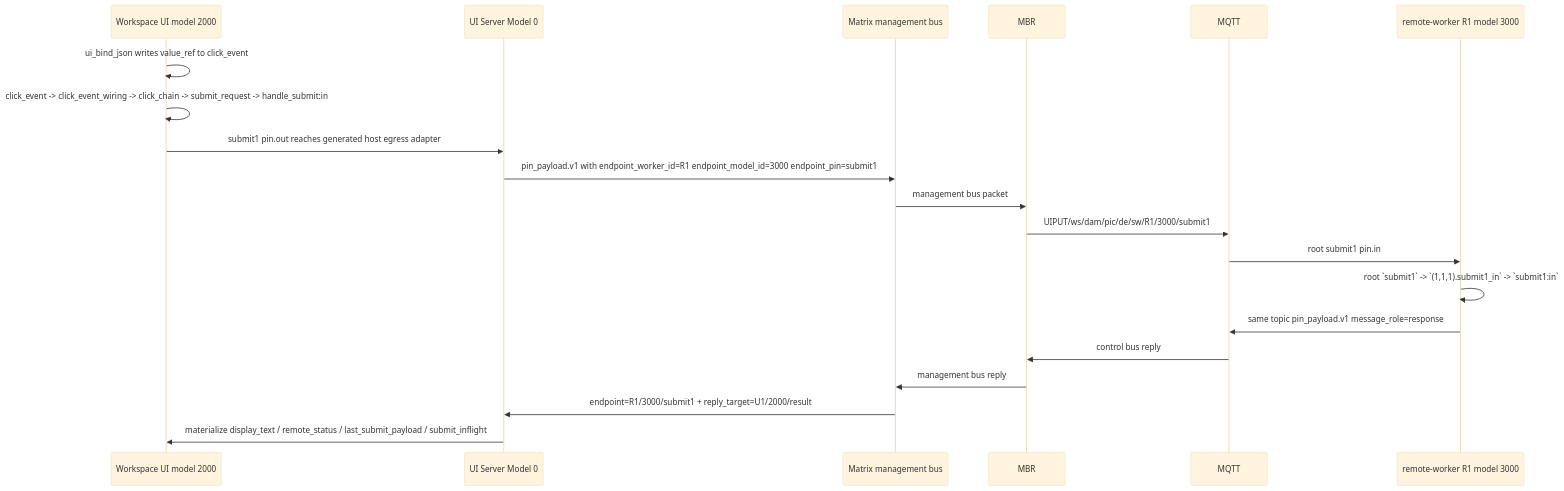
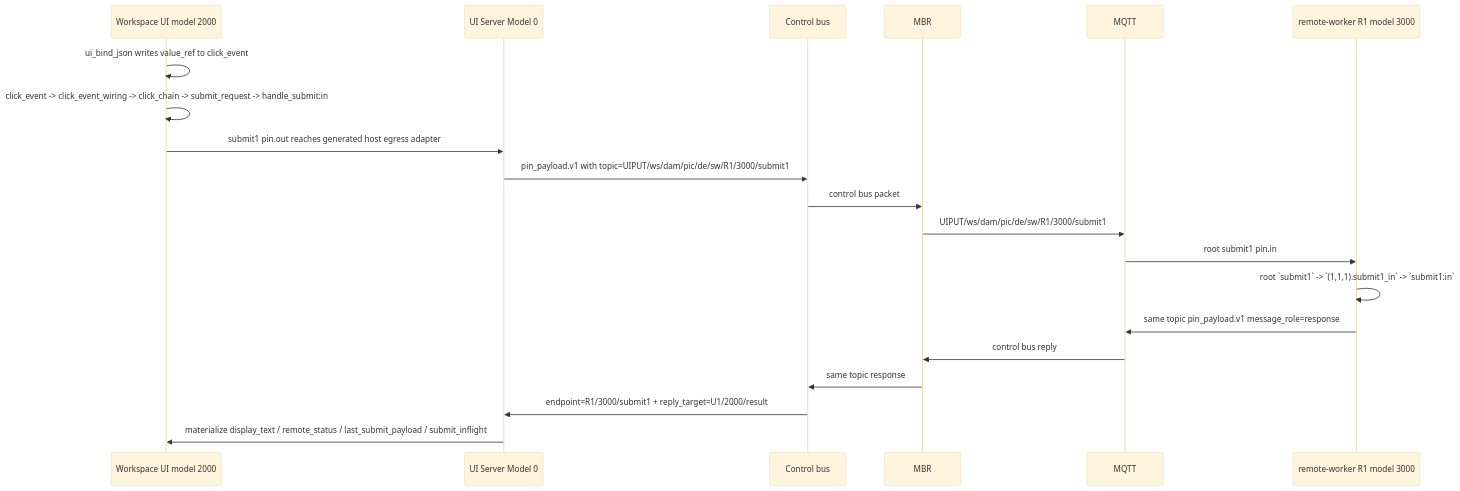
The first of 3 diagrams in docs/user-guide/slide-app-runtime/minimal_submit_app_provider_visualized.md (drooop/dongyu_js_core), drawn with Mermaid (base theme) before and after one commit. The commit also changed other lines of this file and 93 other files, not shown here.

````diff
--- a/docs/user-guide/slide-app-runtime/minimal_submit_app_provider_visualized.md
+++ b/docs/user-guide/slide-app-runtime/minimal_submit_app_provider_visualized.md
@@ -15,22 +15,22 @@
 ```mermaid
 sequenceDiagram
   participant UI as Workspace UI model 2000
   participant M0 as UI Server Model 0
-  participant MX as Matrix management bus
+  participant CB as Control bus
   participant MBR as MBR
   participant MQTT as MQTT
   participant R1 as remote-worker R1 model 3000
   UI->>UI: ui_bind_json writes value_ref to click_event
   UI->>UI: click_event -> click_event_wiring -> click_chain -> submit_request -> handle_submit:in
   UI->>M0: submit1 pin.out reaches generated host egress adapter
-  M0->>MX: pin_payload.v1 with endpoint_worker_id=R1 endpoint_model_id=3000 endpoint_pin=submit1
-  MX->>MBR: management bus packet
+  M0->>CB: pin_payload.v1 with topic=UIPUT/ws/dam/pic/de/sw/R1/3000/submit1
+  CB->>MBR: control bus packet
   MBR->>MQTT: UIPUT/ws/dam/pic/de/sw/R1/3000/submit1
   MQTT->>R1: root submit1 pin.in
   R1->>R1: root `submit1` -> `(1,1,1).submit1_in` -> `submit1:in`
   R1->>MQTT: same topic pin_payload.v1 message_role=response
   MQTT->>MBR: control bus reply
-  MBR->>MX: management bus reply
-  MX->>M0: endpoint=R1/3000/submit1 + reply_target=U1/2000/result
+  MBR->>CB: same topic response
+  CB->>M0: endpoint=R1/3000/submit1 + reply_target=U1/2000/result
   M0->>UI: materialize display_text / remote_status / last_submit_payload / submit_inflight
 ```
````
